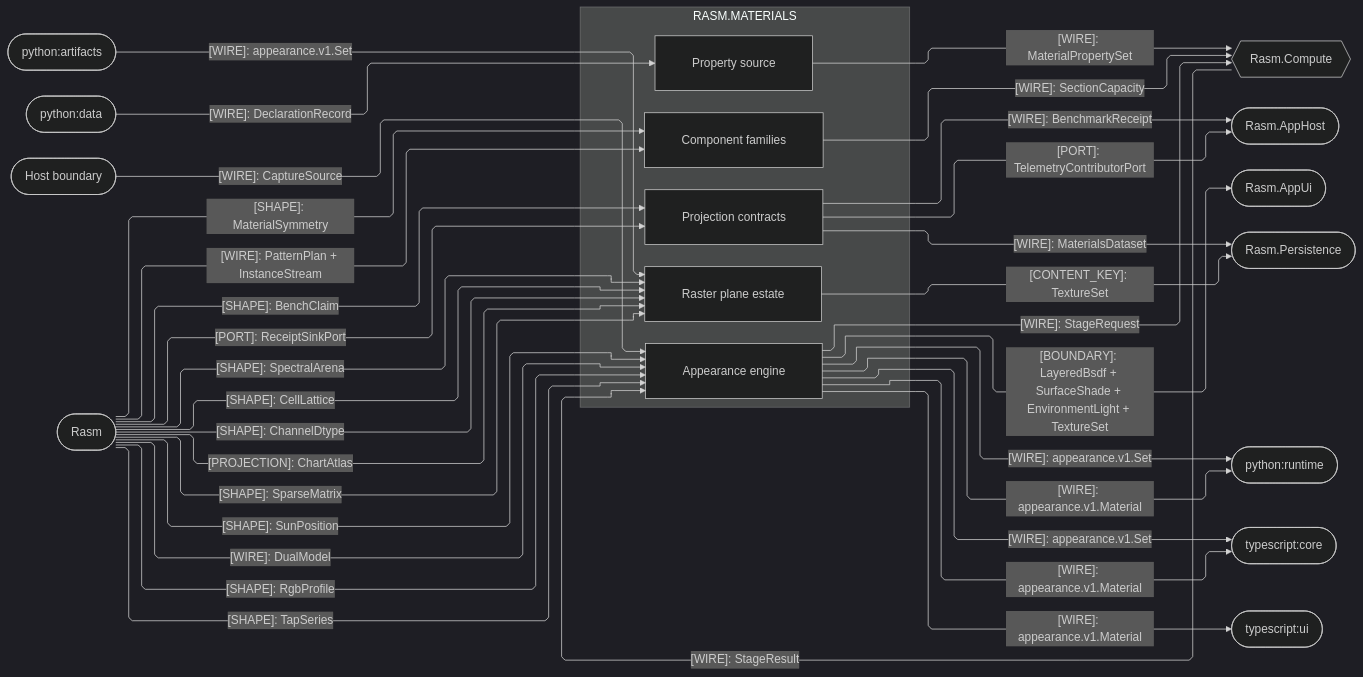
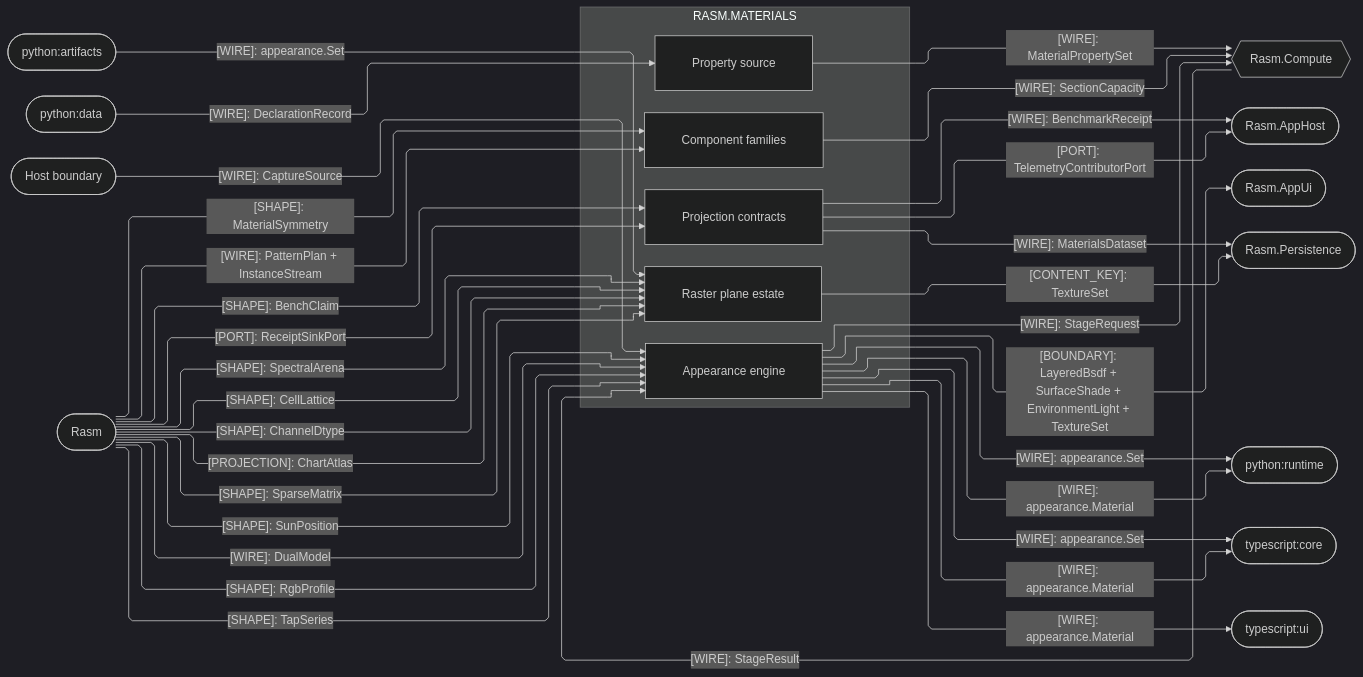
The third of 5 diagrams in libs/csharp/Rasm.Materials/ARCHITECTURE.md (bsamiee/Rasm), drawn with Mermaid (dark theme) before and after one commit. The commit also changed 640 other files, not shown here.

````diff
--- a/libs/csharp/Rasm.Materials/ARCHITECTURE.md
+++ b/libs/csharp/Rasm.Materials/ARCHITECTURE.md
@@ -152,60 +152,60 @@
 ```mermaid
 ---
 config:
   layout: elk
   flowchart:
     curve: linear
     padding: 25
 ---
 flowchart LR
     accTitle: Materials platform, compute, and cross-runtime seams
     accDescr: Which capacity, appearance, telemetry, and analytics contracts cross between Materials and the platform, host, and peer runtimes.
     subgraph materials[RASM.MATERIALS]
         Component[Component families]
         Properties[Property source]
         Appearance[Appearance engine]
         Raster[Raster plane estate]
         Projection[Projection contracts]
     end
     Compute{{Rasm.Compute}}
     AppHost([Rasm.AppHost])
     AppUi([Rasm.AppUi])
     Persistence([Rasm.Persistence])
     PyArtifacts([python:artifacts])
     PyData([python:data])
     PyRuntime([python:runtime])
     Core([typescript:core])
     Ui([typescript:ui])
     Host([Host boundary])
     Rasm([Rasm])
     Rasm e1@-->|"[SHAPE]: SunPosition"| Appearance
     Rasm e2@-->|"[SHAPE]: SpectralArena"| Raster
     Rasm e3@-->|"[SHAPE]: CellLattice"| Raster
     Rasm e4@-->|"[SHAPE]: ChannelDtype"| Raster
     Rasm e5@-->|"[PROJECTION]: ChartAtlas"| Raster
     Rasm e6@-->|"[WIRE]: DualModel"| Appearance
     Rasm e7@-->|"[WIRE]: PatternPlan + InstanceStream"| Component
     Rasm e8@-->|"[SHAPE]: MaterialSymmetry"| Component
     Rasm e9@-->|"[SHAPE]: RgbProfile"| Appearance
     Rasm e10@-->|"[SHAPE]: TapSeries"| Appearance
     Rasm e11@-->|"[SHAPE]: SparseMatrix"| Raster
     Rasm e12@-->|"[PORT]: ReceiptSinkPort"| Projection
     Rasm e13@-->|"[SHAPE]: BenchClaim"| Projection
     Component e14@-->|"[WIRE]: SectionCapacity"| Compute
     Properties e15@-->|"[WIRE]: MaterialPropertySet"| Compute
     Appearance e16@-->|"[WIRE]: StageRequest"| Compute
     Compute e17@-->|"[WIRE]: StageResult"| Appearance
     Appearance e18@-->|"[BOUNDARY]: LayeredBsdf + SurfaceShade + EnvironmentLight + TextureSet"| AppUi
-    Appearance e19@-->|"[WIRE]: appearance.v1.Material"| Core
-    Appearance e20@-->|"[WIRE]: appearance.v1.Material"| PyRuntime
-    Appearance e21@-->|"[WIRE]: appearance.v1.Set"| Core
-    Appearance e22@-->|"[WIRE]: appearance.v1.Set"| PyRuntime
-    Appearance e23@-->|"[WIRE]: appearance.v1.Material"| Ui
-    PyArtifacts e24@-->|"[WIRE]: appearance.v1.Set"| Raster
+    Appearance e19@-->|"[WIRE]: appearance.Material"| Core
+    Appearance e20@-->|"[WIRE]: appearance.Material"| PyRuntime
+    Appearance e21@-->|"[WIRE]: appearance.Set"| Core
+    Appearance e22@-->|"[WIRE]: appearance.Set"| PyRuntime
+    Appearance e23@-->|"[WIRE]: appearance.Material"| Ui
+    PyArtifacts e24@-->|"[WIRE]: appearance.Set"| Raster
     PyData e25@-->|"[WIRE]: DeclarationRecord"| Properties
     Host e26@-->|"[WIRE]: CaptureSource"| Appearance
     Projection e27@-->|"[PORT]: TelemetryContributorPort"| AppHost
     Projection e28@-->|"[WIRE]: BenchmarkReceipt"| AppHost
     Projection e29@-->|"[WIRE]: MaterialsDataset"| Persistence
     Raster e30@-->|"[CONTENT_KEY]: TextureSet"| Persistence
 ```
````
